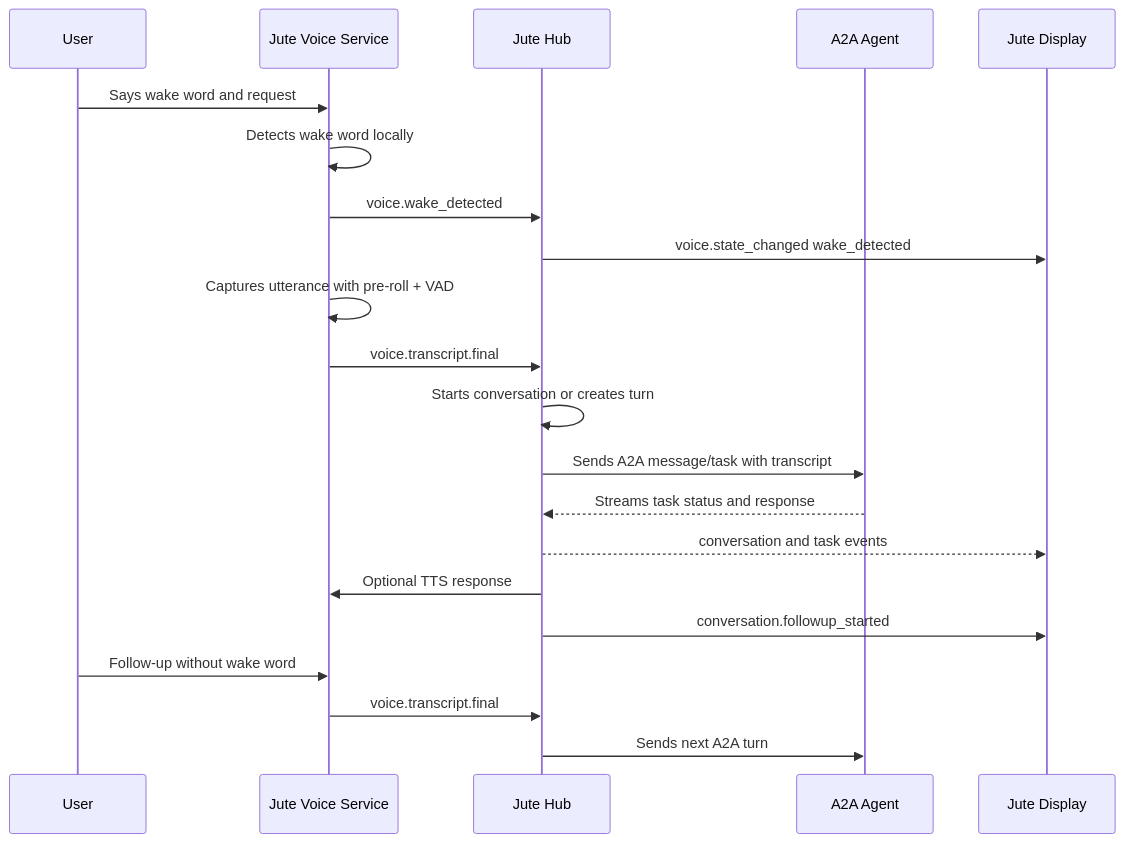
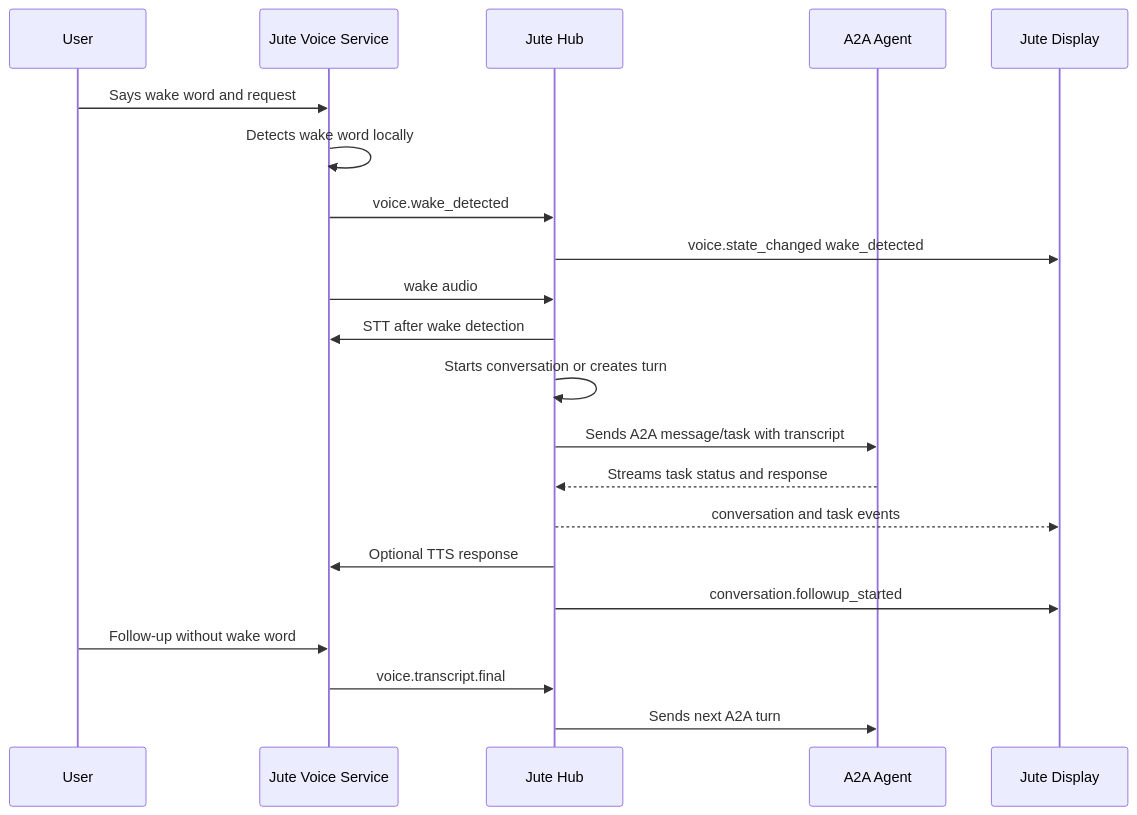
The third of 3 diagrams in docs/architecture/voice.md (juteai/jute-dash), drawn with Mermaid before and after one commit. The commit also changed other lines of this file and 27 other files, not shown here.

Commit message:
fix(voice): complete browser wake and tts flow

````diff
--- a/docs/architecture/voice.md
+++ b/docs/architecture/voice.md
@@ -148,24 +148,24 @@
 ```mermaid
 sequenceDiagram
   participant User
   participant Voice as Jute Voice Service
   participant Hub as Jute Hub
   participant Agent as A2A Agent
   participant UI as Jute Display
 
   User->>Voice: Says wake word and request
   Voice->>Voice: Detects wake word locally
   Voice->>Hub: voice.wake_detected
   Hub->>UI: voice.state_changed wake_detected
-  Voice->>Voice: Captures utterance with pre-roll + VAD
-  Voice->>Hub: voice.transcript.final
+  Voice->>Hub: wake audio
+  Hub->>Voice: STT after wake detection
   Hub->>Hub: Starts conversation or creates turn
   Hub->>Agent: Sends A2A message/task with transcript
   Agent-->>Hub: Streams task status and response
   Hub-->>UI: conversation and task events
   Hub->>Voice: Optional TTS response
   Hub->>UI: conversation.followup_started
   User->>Voice: Follow-up without wake word
   Voice->>Hub: voice.transcript.final
   Hub->>Agent: Sends next A2A turn
 ```
````
